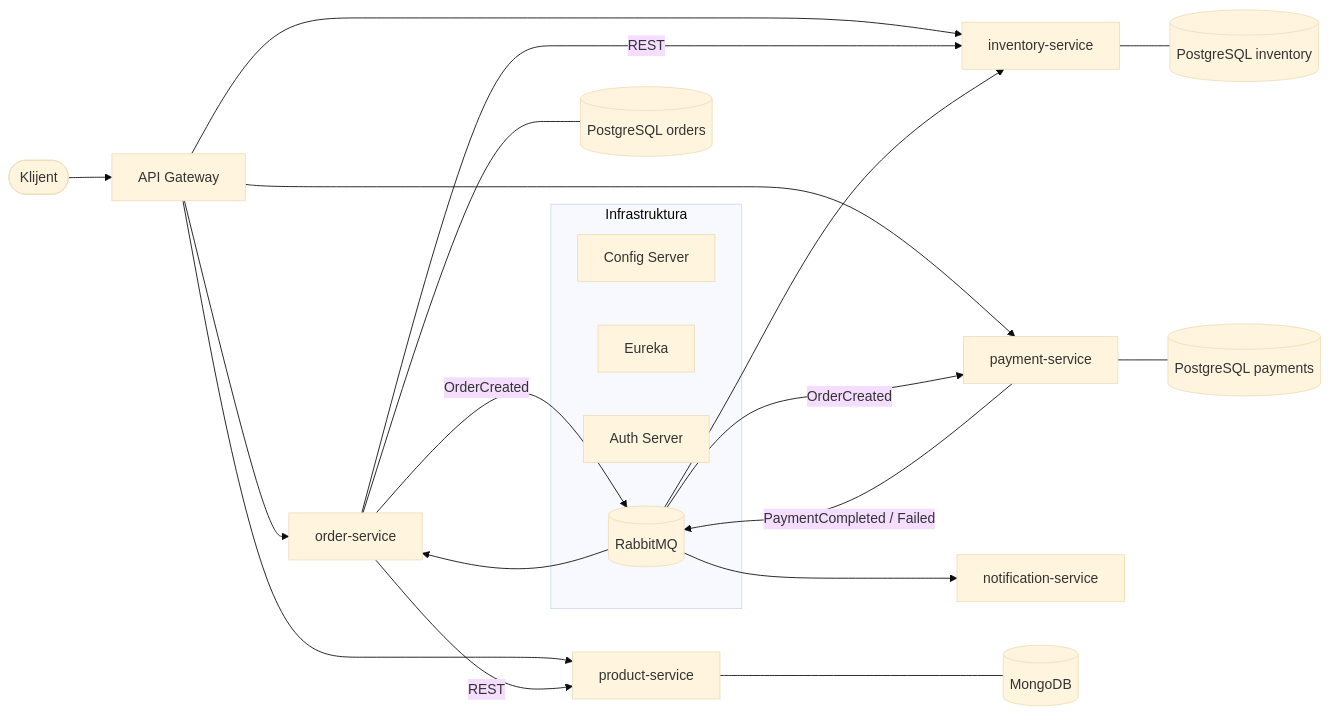
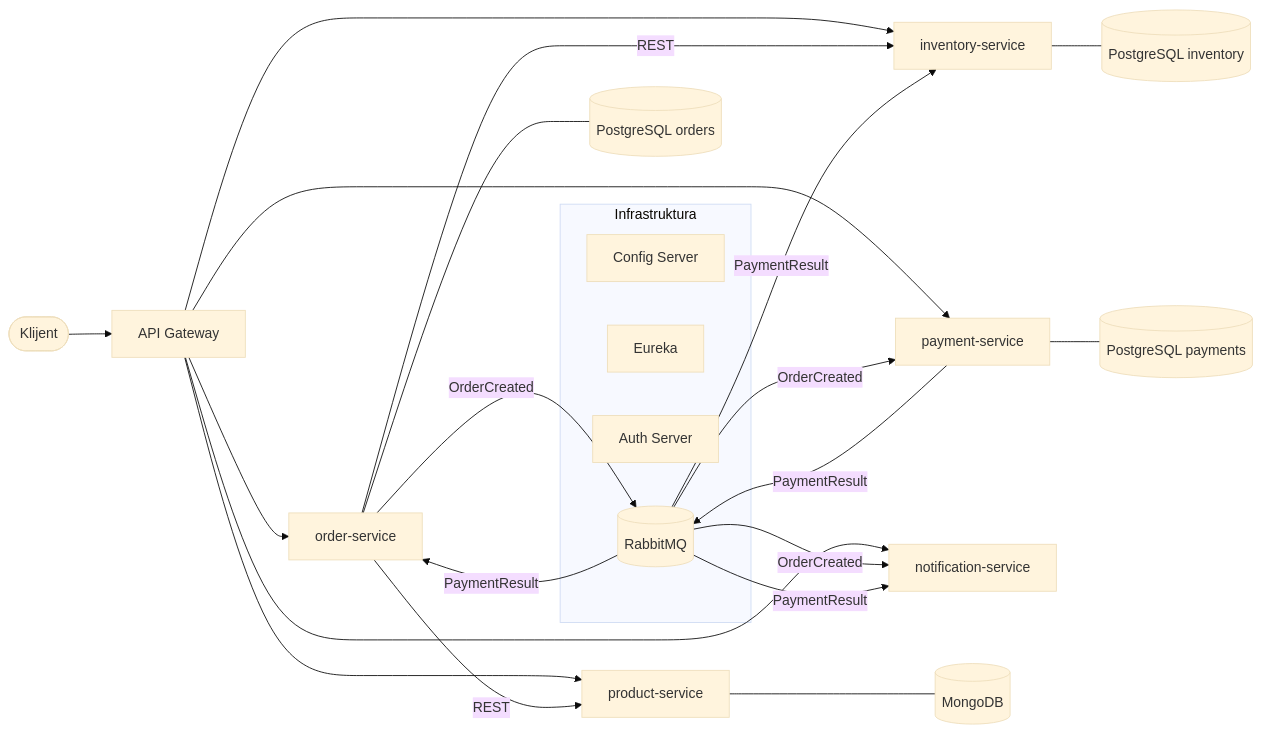
Before and after one commit to Teodorabosak/dis-online-shop: the diagram in README.md, drawn with Mermaid (base theme). The commit also changed other lines of this file and 73 other files, not shown here.

First line of the commit message:
Dodati order, payment i notification servis, RabbitMQ i circuit breaker

````diff
--- a/README.md
+++ b/README.md
@@ -60,31 +89,34 @@
 ```mermaid
 flowchart LR
     client([Klijent]) --> gw[API Gateway]
 
     subgraph infra[Infrastruktura]
         cfg[Config Server]
         eur[Eureka]
         auth[Auth Server]
         mq[(RabbitMQ)]
     end
 
     gw --> prod[product-service]
     gw --> ord[order-service]
     gw --> inv[inventory-service]
     gw --> pay[payment-service]
 
     ord -- REST --> prod
     ord -- REST --> inv
 
+    gw --> notif[notification-service]
+
     ord -- OrderCreated --> mq
     mq -- OrderCreated --> pay
-    pay -- PaymentCompleted / Failed --> mq
-    mq --> ord
-    mq --> inv
-    mq --> notif[notification-service]
+    mq -- OrderCreated --> notif
+    pay -- PaymentResult --> mq
+    mq -- PaymentResult --> ord
+    mq -- PaymentResult --> inv
+    mq -- PaymentResult --> notif
 
     prod --- mdb[(MongoDB)]
     ord --- pg1[(PostgreSQL orders)]
     inv --- pg2[(PostgreSQL inventory)]
     pay --- pg3[(PostgreSQL payments)]
 ```
````
